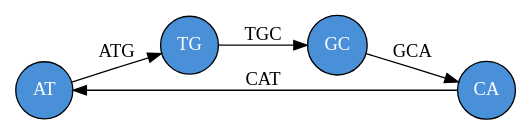
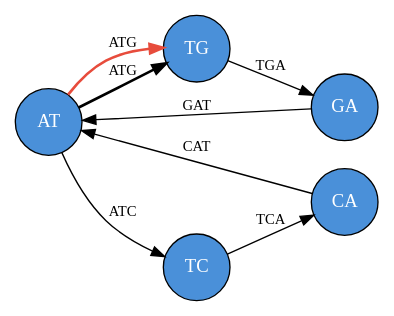
Before and after one commit to UBC-CS/dsci221: the diagram in slides/13_tue_euler.qmd, drawn with Graphviz. The commit also changed other lines of this file, not shown here.

````diff
--- a/slides/13_tue_euler.qmd
+++ b/slides/13_tue_euler.qmd
@@ -137,10 +130,14 @@
 ```{dot}
 digraph G {
   rankdir=LR
-  node [shape=circle style=filled fillcolor="#4a90d9" fontcolor=white fontsize=14 width=0.6]
-  AT -> TG [label="ATG"]
-  TG -> GC [label="TGC"]
-  GC -> CA [label="GCA"]
+  node [shape=circle style=filled fillcolor="#4a90d9" fontcolor=white fontsize=14 width=0.7]
+  edge [fontsize=11]
+  AT -> TG [label="ATG" style=bold]
+  AT -> TG [label="ATG" style=bold color="#e74c3c"]
+  AT -> TC [label="ATC"]
+  TG -> GA [label="TGA"]
+  GA -> AT [label="GAT"]
+  TC -> CA [label="TCA"]
   CA -> AT [label="CAT"]
 }
 ```
````
